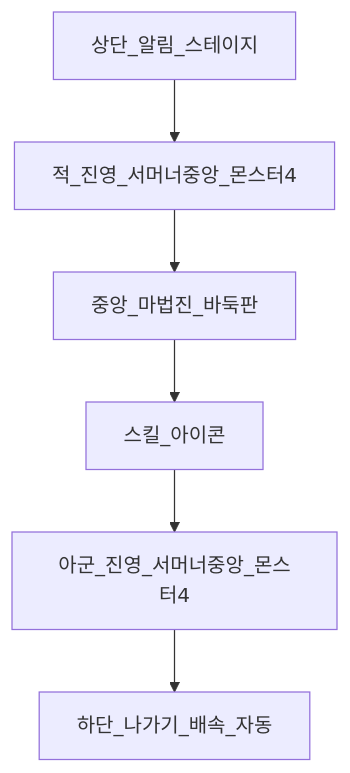
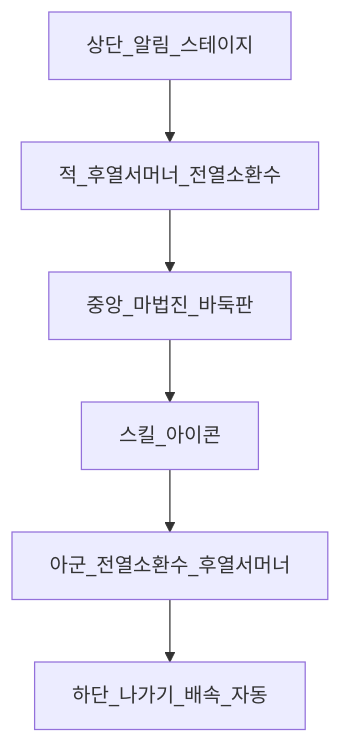
Before and after one commit to BlueStarAcademy/stonesummoner: the diagram in docs/battle-ui.md, drawn with Mermaid. The commit also changed other lines of this file and 23 other files, not shown here.

````diff
--- a/docs/battle-ui.md
+++ b/docs/battle-ui.md
@@ -7,10 +7,10 @@
 ```mermaid
 flowchart TB
   TopHUD[상단_알림_스테이지]
-  Enemy[적_진영_서머너중앙_몬스터4]
+  Enemy[적_후열서머너_전열소환수]
   Board[중앙_마법진_바둑판]
   Skills[스킬_아이콘]
-  Ally[아군_진영_서머너중앙_몬스터4]
+  Ally[아군_전열소환수_후열서머너]
   BottomHUD[하단_나가기_배속_자동]
   TopHUD --> Enemy --> Board --> Skills --> Ally --> BottomHUD
 ```
````
